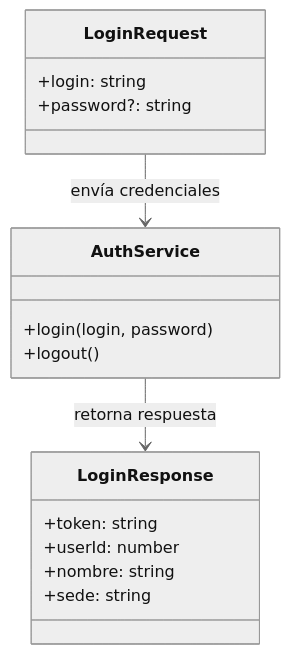
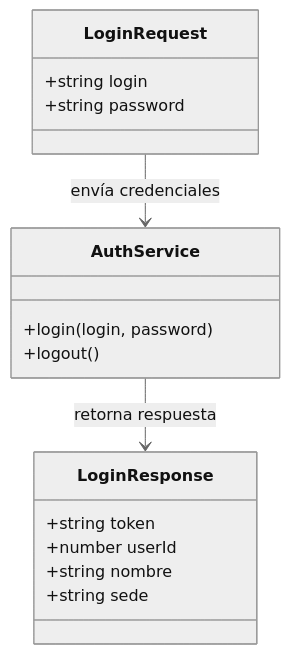
One commit to UM-services/UM.tesoreria.frontend-client changed the eighth of 8 diagrams in docs/architecture.md. Above: the diagram before and after it, drawn with Mermaid (neutral theme). The commit also changed other lines of this file and 5 other files, not shown here.

````diff
--- a/docs/architecture.md
+++ b/docs/architecture.md
@@ -191,22 +193,22 @@
 ```mermaid
 classDiagram
     class LoginRequest {
-        +login: string
-        +password?: string
+        +string login
+        +string password
     }
 
     class LoginResponse {
-        +token: string
-        +userId: number
-        +nombre: string
-        +sede: string
+        +string token
+        +number userId
+        +string nombre
+        +string sede
     }
 
     class AuthService {
         +login(login, password)
         +logout()
     }
 
     LoginRequest --> AuthService: envía credenciales
     AuthService --> LoginResponse: retorna respuesta
 ```
````
